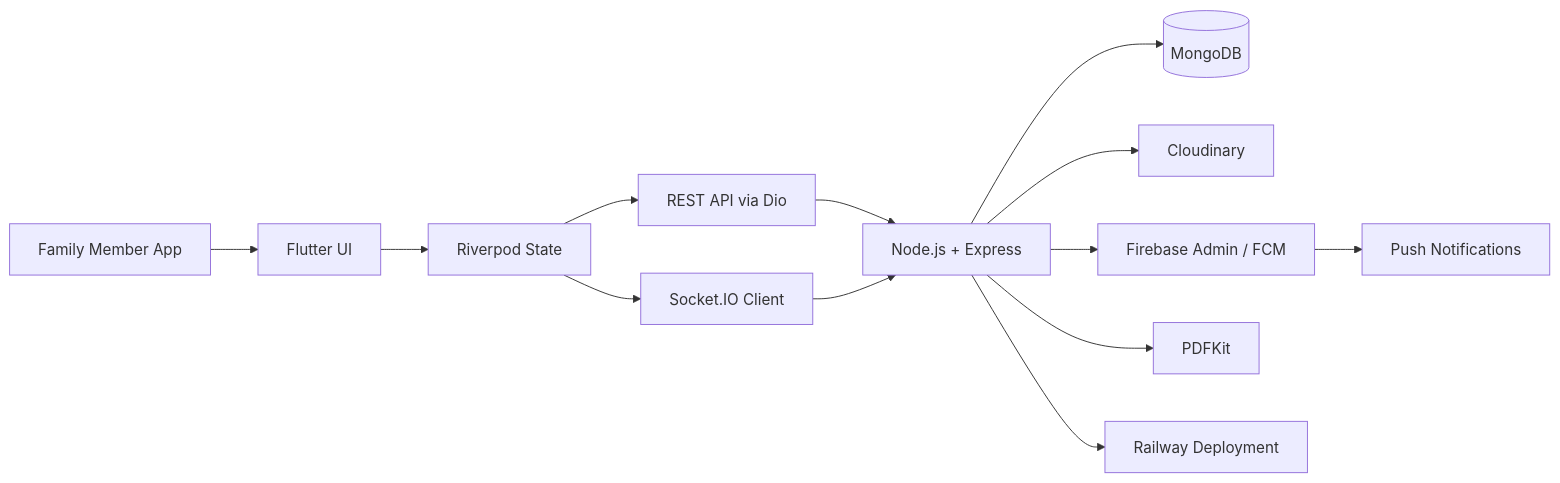
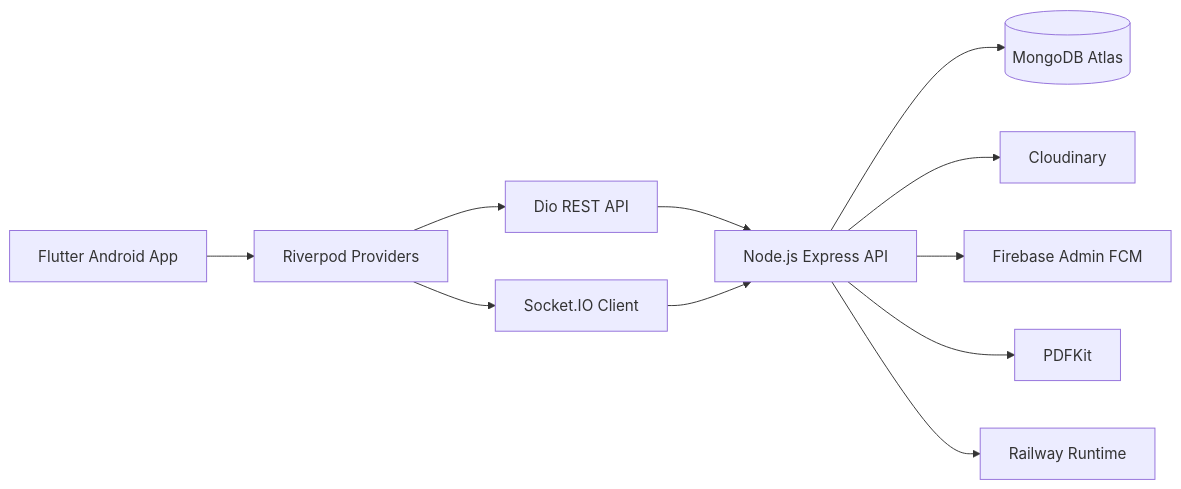
Before and after one commit to yasuo72/RentFlow: the first of 3 diagrams in README.md, drawn with Mermaid. The commit also changed other lines of this file and 12 other files, not shown here.

````diff
--- a/README.md
+++ b/README.md
@@ -57,15 +105,13 @@
 ```mermaid
 flowchart LR
-    A[Family Member App] --> B[Flutter UI]
-    B --> C[Riverpod State]
-    C --> D[REST API via Dio]
-    C --> E[Socket.IO Client]
-    D --> F[Node.js + Express]
-    E --> F
-    F --> G[(MongoDB)]
-    F --> H[Cloudinary]
-    F --> I[Firebase Admin / FCM]
-    F --> J[PDFKit]
-    I --> K[Push Notifications]
-    F --> L[Railway Deployment]
+    A[Flutter Android App] --> B[Riverpod Providers]
+    B --> C[Dio REST API]
+    B --> D[Socket.IO Client]
+    C --> E[Node.js Express API]
+    D --> E
+    E --> F[(MongoDB Atlas)]
+    E --> G[Cloudinary]
+    E --> H[Firebase Admin FCM]
+    E --> I[PDFKit]
+    E --> J[Railway Runtime]
 ```
````
